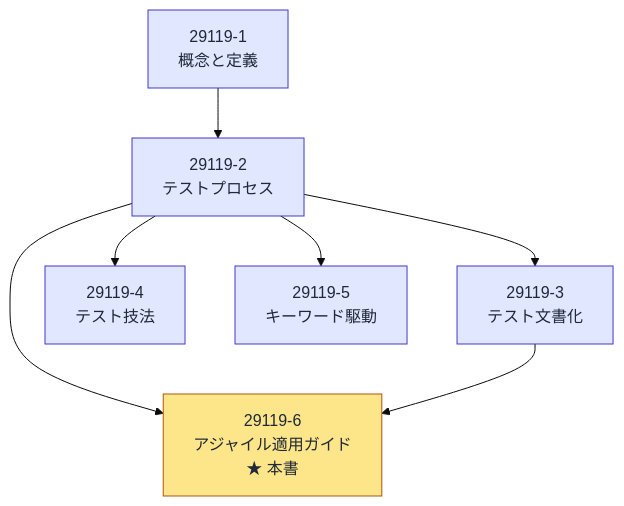
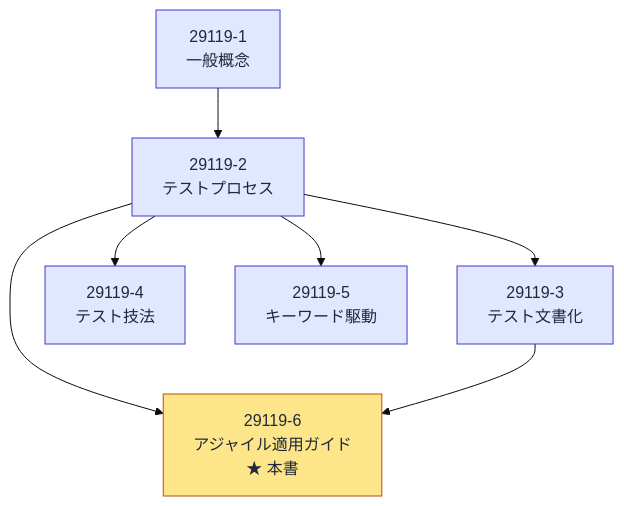
The second of 10 diagrams in Iso-iec-tr-29119-6-agile-guide.md (myoshi2891/Quality-Assurance-Studies), drawn with Mermaid (base theme) before and after one commit. The commit also changed other lines of this file, not shown here.

````diff
--- a/Iso-iec-tr-29119-6-agile-guide.md
+++ b/Iso-iec-tr-29119-6-agile-guide.md
@@ -121,20 +121,20 @@
 ```mermaid
 flowchart TB
-    FA1["29119-1<br/>概念と定義"]
+    FA1["29119-1<br/>一般概念"]
     FA2["29119-2<br/>テストプロセス"]
     FA3["29119-3<br/>テスト文書化"]
     FA4["29119-4<br/>テスト技法"]
     FA5["29119-5<br/>キーワード駆動"]
     FA6["29119-6<br/>アジャイル適用ガイド<br/>★ 本書"]
     FA1 --> FA2
     FA2 --> FA3
     FA2 --> FA4
     FA2 --> FA5
     FA2 --> FA6
     FA3 --> FA6
 
     classDef base fill:#e0e7ff,stroke:#4338ca,color:#1f2937
     classDef focus fill:#fde68a,stroke:#b45309,color:#1f2937
     class FA1,FA2,FA3,FA4,FA5 base
     class FA6 focus
 ```
````
